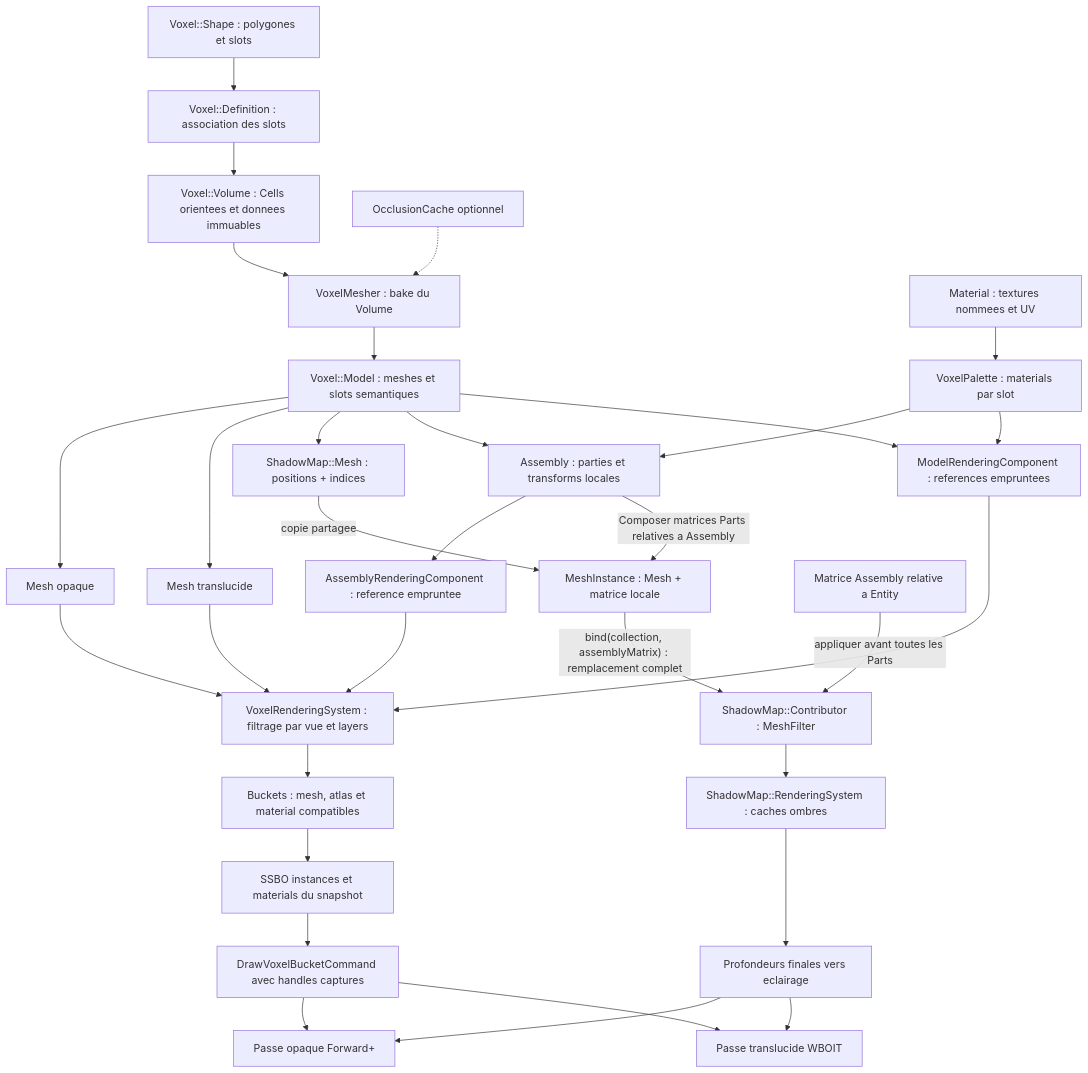
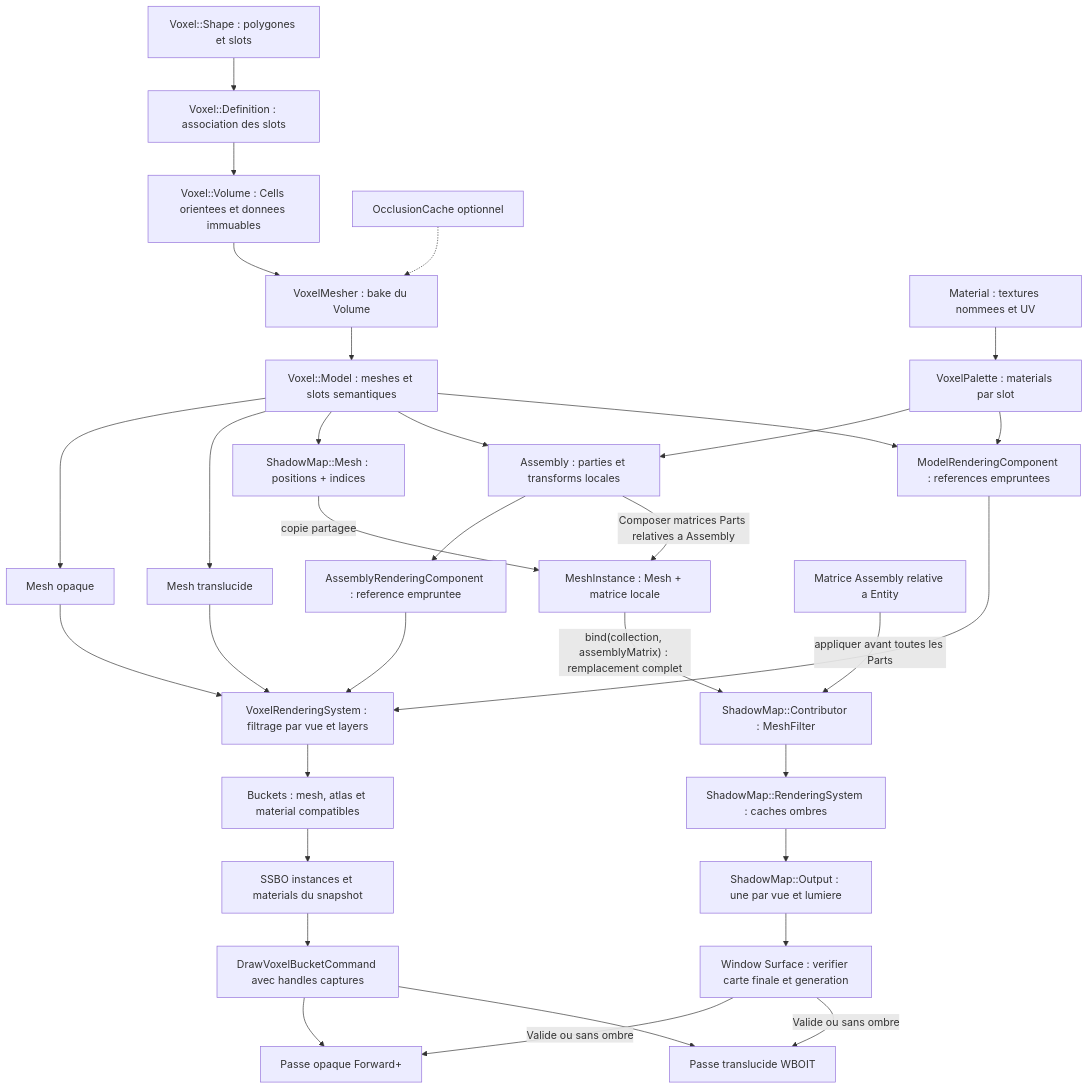
Before and after one commit to EreliaStudio/Sparkle: diagram 22 of 24 in docs/voxel-engine-v0.1.4-specification.md, drawn with Mermaid. The commit also changed other lines of this file, not shown here.

Commit message:
docs(v0.1.4): wire A3 ShadowMap::Output into Forward+ diagrams and inventory

````diff
--- a/docs/voxel-engine-v0.1.4-specification.md
+++ b/docs/voxel-engine-v0.1.4-specification.md
@@ -1533,34 +1533,35 @@
 ```mermaid
 flowchart TD
     Shape["Voxel::Shape : polygones et slots"] --> Definition["Voxel::Definition : association des slots"]
     Definition --> Volume["Voxel::Volume : Cells orientees et donnees immuables"]
     Volume --> Mesher["VoxelMesher : bake du Volume"]
     Occlusion["OcclusionCache optionnel"] -.-> Mesher
     Mesher --> Model["Voxel::Model : meshes et slots semantiques"]
     Model --> Opaque["Mesh opaque"]
     Model --> Translucent["Mesh translucide"]
     Model --> ShadowDepth["ShadowMap::Mesh : positions + indices"]
     Material["Material : textures nommees et UV"] --> Palette["VoxelPalette : materials par slot"]
     Model --> Assembly["Assembly : parties et transforms locales"]
     Palette --> Assembly
     Model --> ModelComp["ModelRenderingComponent : references empruntees"]
     Palette --> ModelComp
     Assembly --> AssemblyComp["AssemblyRenderingComponent : reference empruntee"]
     ModelComp --> VR["VoxelRenderingSystem : filtrage par vue et layers"]
     AssemblyComp --> VR
     Opaque --> VR
     Translucent --> VR
     VR --> Buckets["Buckets : mesh, atlas et material compatibles"]
     Buckets --> SSBO["SSBO instances et materials du snapshot"]
     SSBO --> Draw["DrawVoxelBucketCommand avec handles captures"]
     Draw --> Forward["Passe opaque Forward+"]
     Draw --> WBOIT["Passe translucide WBOIT"]
     ShadowDepth -->|"copie partagee"| MeshPart["MeshInstance : Mesh + matrice locale"]
     Assembly -->|"Composer matrices Parts relatives a Assembly"| MeshPart
     AssemblyMatrix["Matrice Assembly relative a Entity"] -->|"appliquer avant toutes les Parts"| Caster["ShadowMap::Contributor : MeshFilter"]
     MeshPart -->|"bind(collection, assemblyMatrix) : remplacement complet"| Caster
     Caster --> Shadow["ShadowMap::RenderingSystem : caches ombres"]
-    Shadow --> Light["Profondeurs finales vers eclairage"]
-    Light --> Forward
-    Light --> WBOIT
+    Shadow --> Out["ShadowMap::Output : une par vue et lumiere"]
+    Out --> SurfaceCheck["Window Surface : verifier carte finale et generation"]
+    SurfaceCheck -->|"Valide ou sans ombre"| Forward
+    SurfaceCheck -->|"Valide ou sans ombre"| WBOIT
 ```
````
